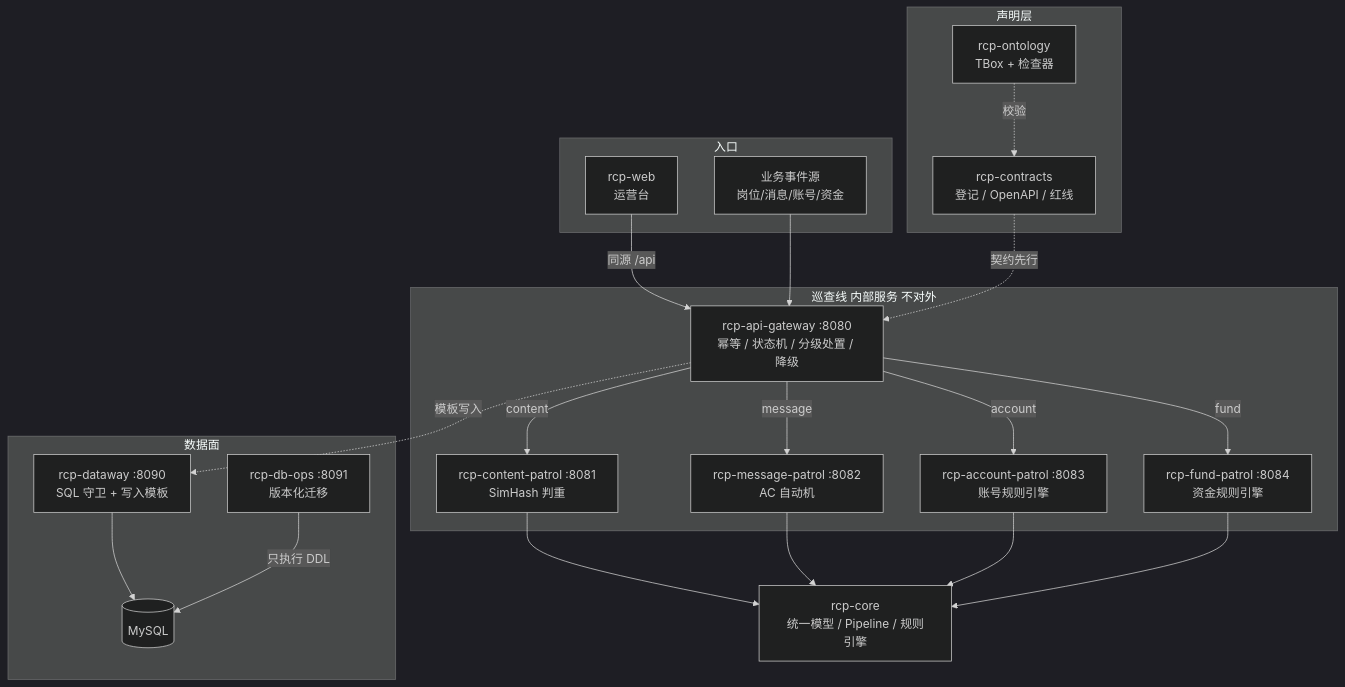
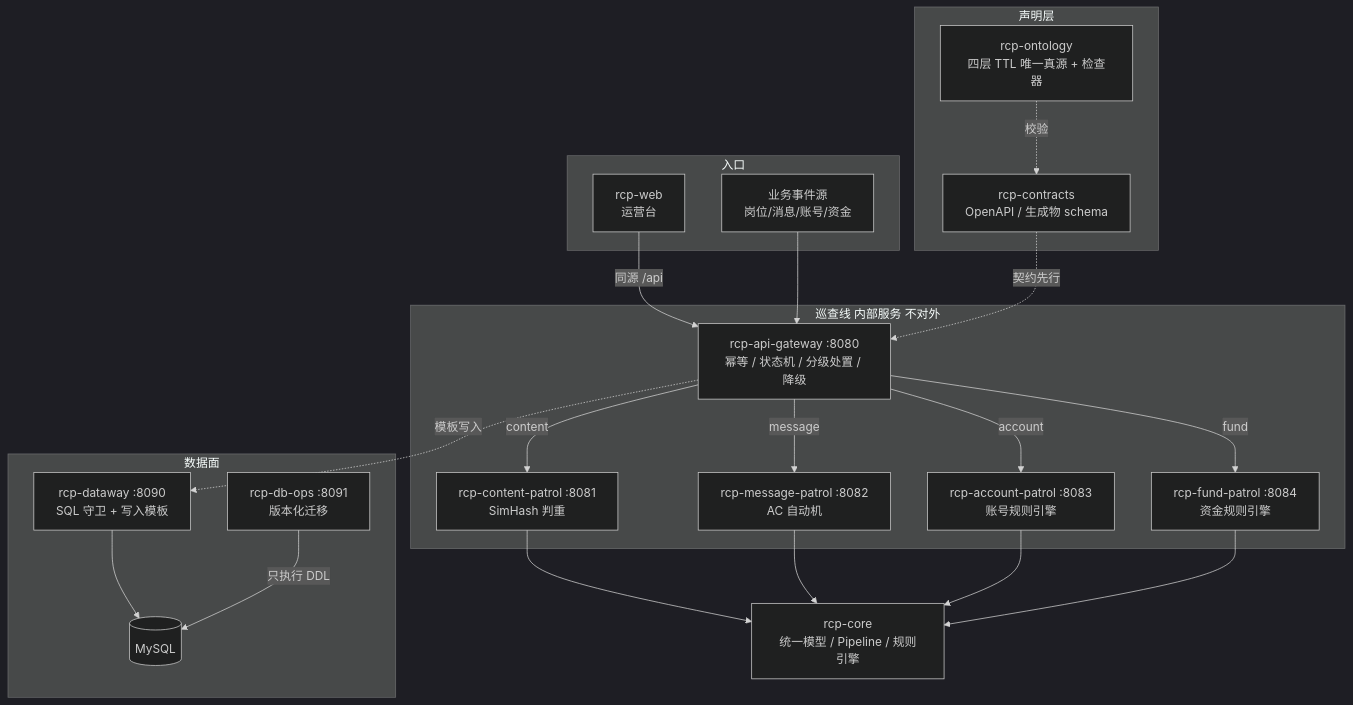
Before and after one commit to lifeipkg/rcp-contracts: the diagram in docs/ARCHITECTURE.md, drawn with Mermaid (dark theme). The commit also changed other lines of this file and 3 other files, not shown here.

Commit message:
docs: 架构与发现文档对齐纯 TTL 唯一真源

````diff
--- a/docs/ARCHITECTURE.md
+++ b/docs/ARCHITECTURE.md
@@ -27,36 +27,36 @@
 ```mermaid
 flowchart TB
     subgraph 入口
         WEB[rcp-web<br/>运营台]
         BIZ[业务事件源<br/>岗位/消息/账号/资金]
     end
     WEB -->|同源 /api| G
     BIZ --> G
 
     G[rcp-api-gateway :8080<br/>幂等 / 状态机 / 分级处置 / 降级]
 
     subgraph 巡查线 内部服务 不对外
         G -->|content| C[rcp-content-patrol :8081<br/>SimHash 判重]
         G -->|message| M[rcp-message-patrol :8082<br/>AC 自动机]
         G -->|account| A[rcp-account-patrol :8083<br/>账号规则引擎]
         G -->|fund| F[rcp-fund-patrol :8084<br/>资金规则引擎]
     end
 
     C & M & A & F --> CORE[rcp-core<br/>统一模型 / Pipeline / 规则引擎]
 
     subgraph 数据面
         DW[rcp-dataway :8090<br/>SQL 守卫 + 写入模板]
         DB[(MySQL)]
         DBO[rcp-db-ops :8091<br/>版本化迁移]
     end
     G -.模板写入.-> DW
     DW --> DB
     DBO -->|只执行 DDL| DB
 
     subgraph 声明层
-        CT[rcp-contracts<br/>登记 / OpenAPI / 红线]
-        ON[rcp-ontology<br/>TBox + 检查器]
+        ON[rcp-ontology<br/>四层 TTL 唯一真源 + 检查器]
+        CT[rcp-contracts<br/>OpenAPI / 生成物 schema]
     end
     ON -.校验.-> CT
     CT -.契约先行.-> G
 ```
````
